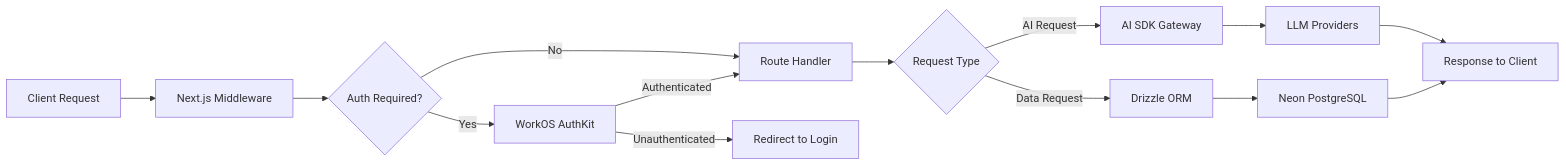
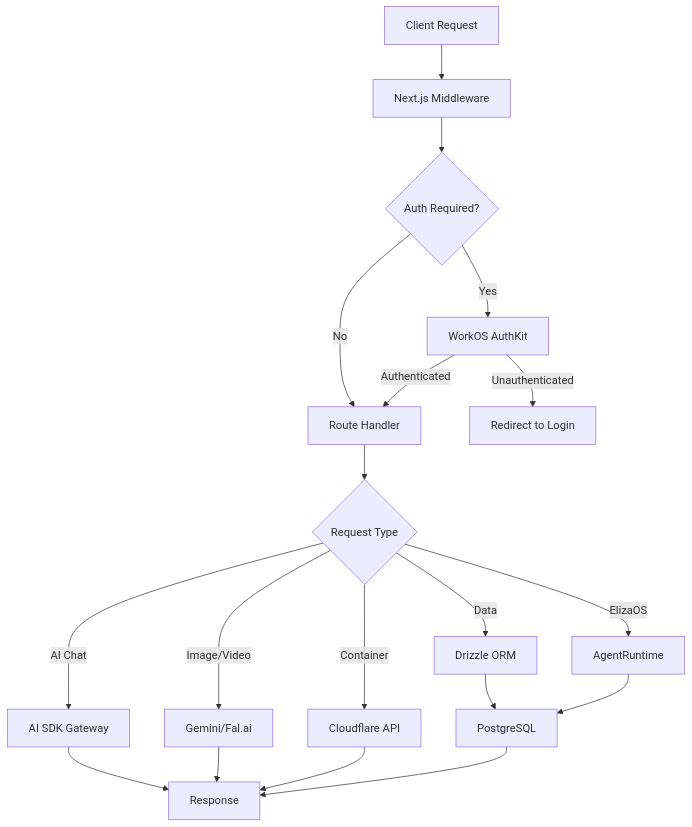
One commit to elizaOS/cloud changed the diagram in README.md. Above: the diagram before and after it, drawn with Mermaid. The commit also changed other lines of this file, not shown here.

````diff
--- a/README.md
+++ b/README.md
@@ -113,16 +250,21 @@
 ```mermaid
-graph LR
+graph TD
     A[Client Request] --> B[Next.js Middleware]
     B --> C{Auth Required?}
     C -->|Yes| D[WorkOS AuthKit]
     C -->|No| E[Route Handler]
     D -->|Authenticated| E
     D -->|Unauthenticated| F[Redirect to Login]
     E --> G{Request Type}
-    G -->|AI Request| H[AI SDK Gateway]
-    G -->|Data Request| I[Drizzle ORM]
-    H --> J[LLM Providers]
-    I --> K[Neon PostgreSQL]
-    J --> L[Response to Client]
-    K --> L
+    G -->|AI Chat| H[AI SDK Gateway]
+    G -->|Image/Video| I[Gemini/Fal.ai]
+    G -->|Data| J[Drizzle ORM]
+    G -->|Container| K[Cloudflare API]
+    G -->|ElizaOS| L[AgentRuntime]
+    H --> M[Response]
+    I --> M
+    J --> N[PostgreSQL]
+    K --> M
+    L --> N
+    N --> M
 ```
````
